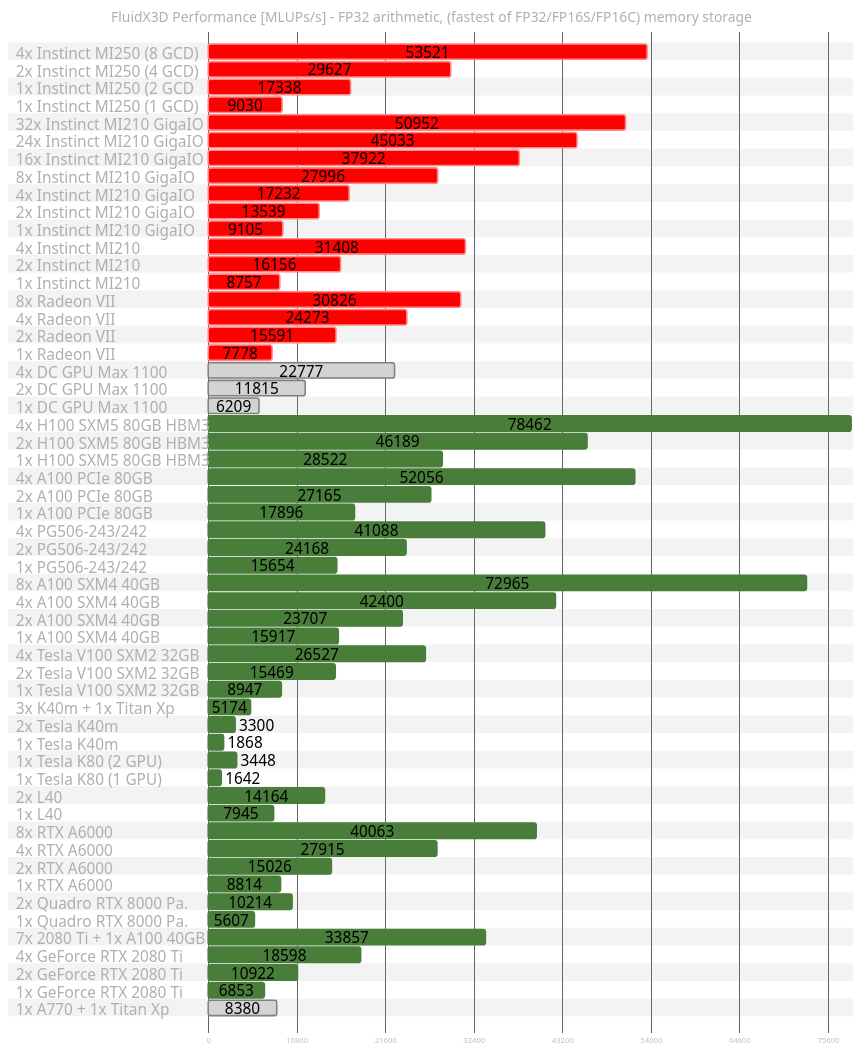
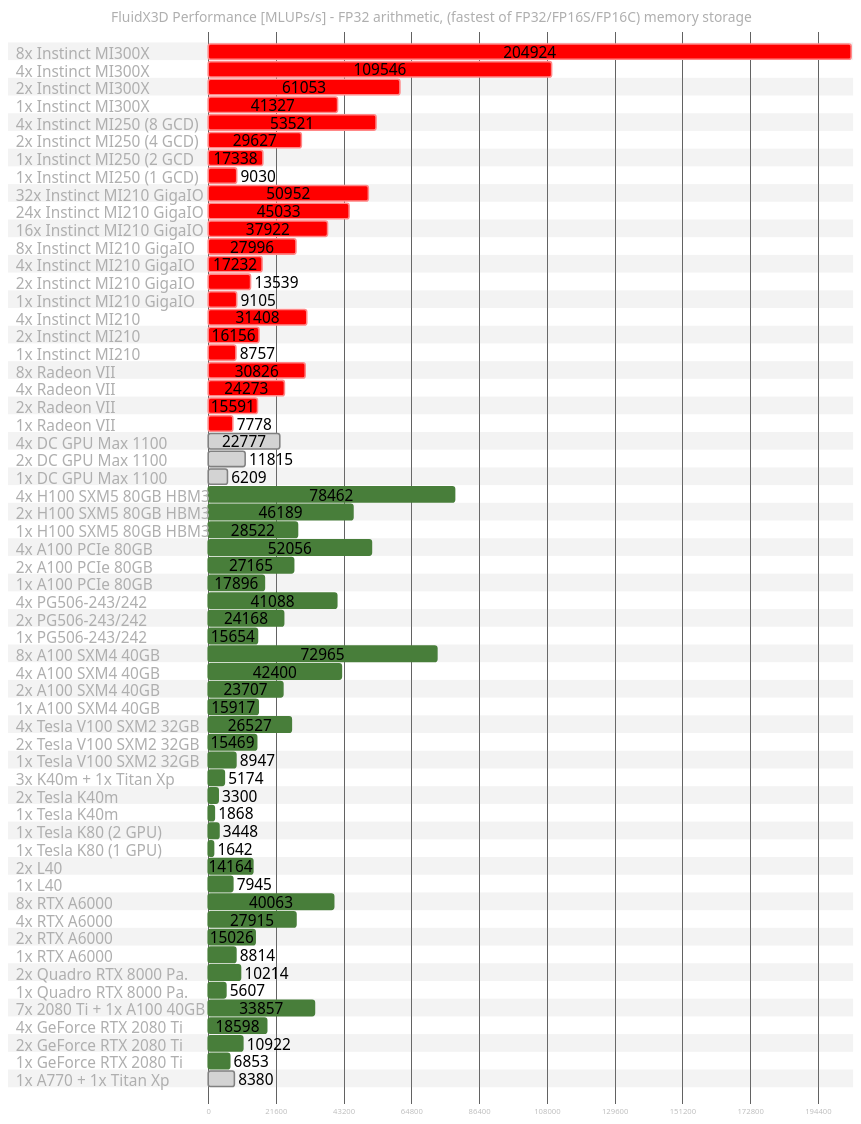
Before and after one commit to ProjectPhysX/FluidX3D: the second of 2 diagrams in README.md, drawn with Mermaid. The commit also changed other lines of this file, not shown here.

Commit message:
Added more benchmarks in Readme

```diff
--- a/README.md
+++ b/README.md
@@ -1154,6 +1155,16 @@
 		}
 	}
 }%%
+
+
+section 8x Instinct MI300X
+	204924 :crit, 0, 204924
+section 4x Instinct MI300X
+	109546 :crit, 0, 109546
+section 2x Instinct MI300X
+	61053 :crit, 0, 61053
+section 1x Instinct MI300X
+	41327 :crit, 0, 41327
 
 section 4x Instinct MI250 (8 GCD)
 	53521 :crit, 0, 53521
```
